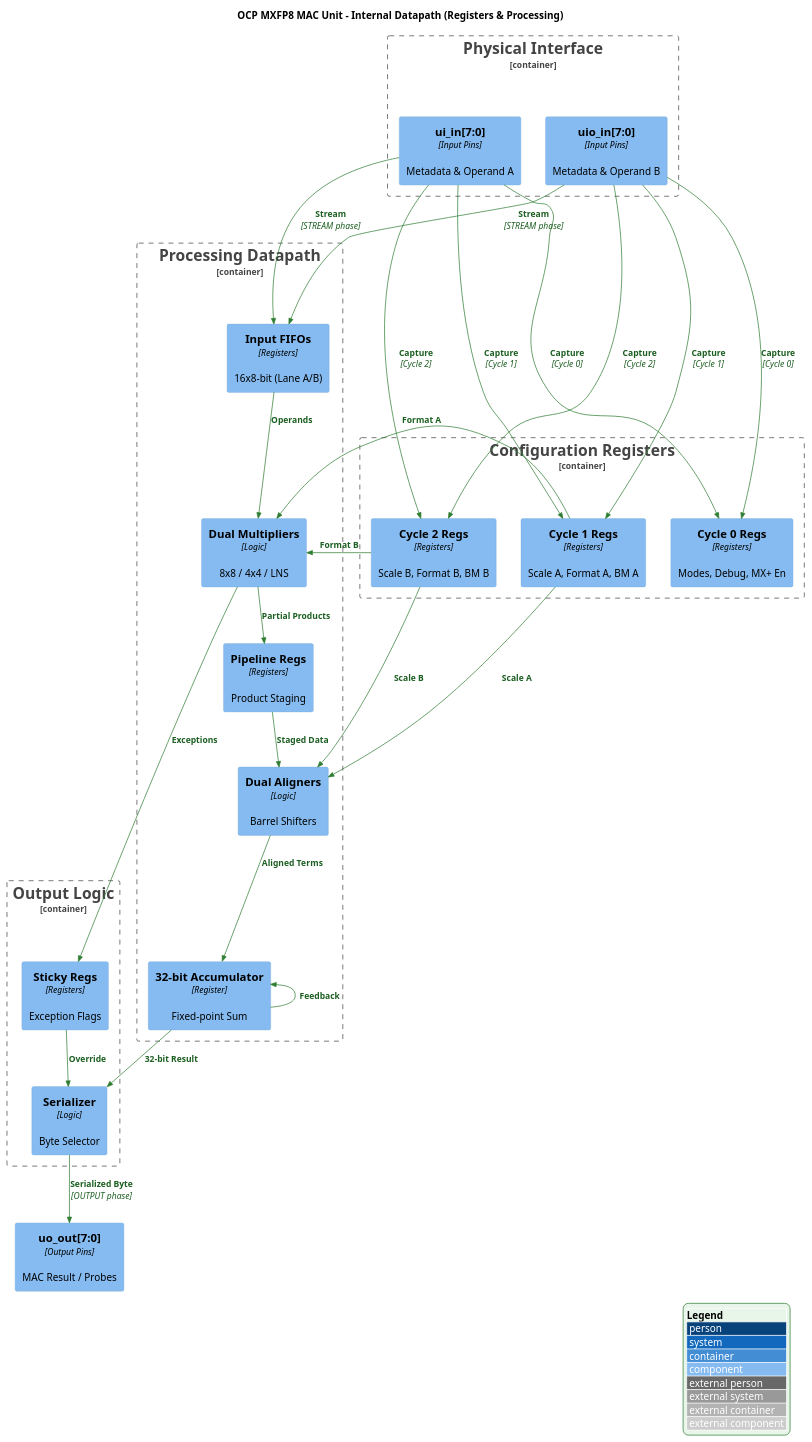
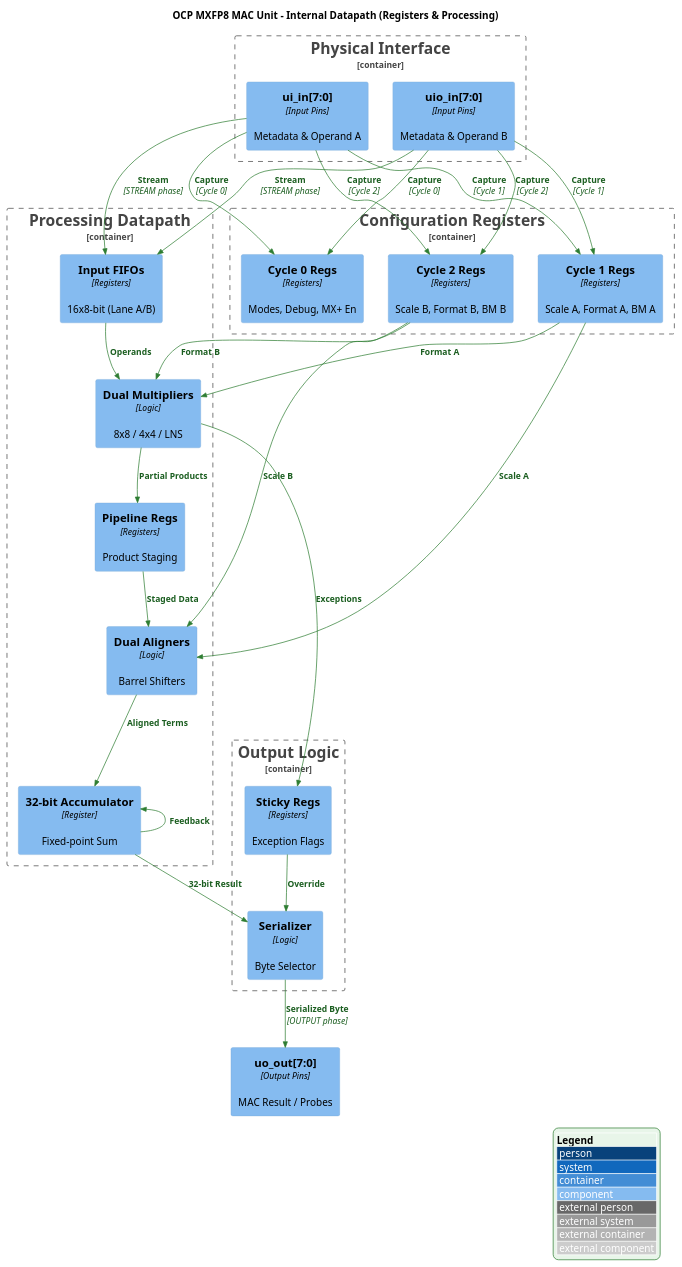
The diagram in docs/diagrams/DATAPATH_DIAGRAM.PUML (chatelao/ttihp-fp8-mul), drawn with PlantUML before and after one commit.

```diff
--- a/docs/diagrams/DATAPATH_DIAGRAM.PUML
+++ b/docs/diagrams/DATAPATH_DIAGRAM.PUML
@@ -1,101 +1,101 @@
 @startuml DATAPATH_DIAGRAM
 !include https://raw.githubusercontent.com/plantuml-stdlib/C4-PlantUML/master/C4_Component.puml
 
 LAYOUT_WITH_LEGEND()
 
 ' Green Theme Overrides
 skinparam backgroundColor white
 skinparam component {
     BackgroundColor #E8F5E9
     BorderColor #2E7D32
     FontColor #1B5E20
 }
 skinparam rectangle<<container>> {
     BackgroundColor #F1F8E9
     BorderColor #33691E
     FontColor #1B5E20
 }
 skinparam rectangle<<boundary>> {
     FontSize 20
     BorderColor #2E7D32
     FontColor #1B5E20
 }
 skinparam rectangle<<container_boundary>> {
     FontSize 20
     BorderColor #2E7D32
     FontColor #1B5E20
 }
 skinparam rectangle<<system_boundary>> {
     FontSize 20
     BorderColor #2E7D32
     FontColor #1B5E20
 }
 skinparam Arrow {
     Color #2E7D32
     FontColor #1B5E20
 }
 skinparam legend {
     BackgroundColor #E8F5E9
     BorderColor #2E7D32
 }
 
 UpdateBoundaryStyle("container", $type="container")
 
 title OCP MXFP8 MAC Unit - Internal Datapath (Registers & Processing)
 
 Container_Boundary(input_pins, "Physical Interface") {
     Component(ui_in, "ui_in[7:0]", "Input Pins", "Metadata & Operand A")
     Component(uio_in, "uio_in[7:0]", "Input Pins", "Metadata & Operand B")
 }
 
 Container_Boundary(reg_file, "Configuration Registers") {
     Component(cfg_reg0, "Cycle 0 Regs", "Registers", "Modes, Debug, MX+ En")
     Component(cfg_reg1, "Cycle 1 Regs", "Registers", "Scale A, Format A, BM A")
     Component(cfg_reg2, "Cycle 2 Regs", "Registers", "Scale B, Format B, BM B")
 }
 
 Container_Boundary(datapath, "Processing Datapath") {
     Component(fifo, "Input FIFOs", "Registers", "16x8-bit (Lane A/B)")
     Component(mul, "Dual Multipliers", "Logic", "8x8 / 4x4 / LNS")
     Component(pipe_reg, "Pipeline Regs", "Registers", "Product Staging")
     Component(align, "Dual Aligners", "Logic", "Barrel Shifters")
     Component(acc, "32-bit Accumulator", "Register", "Fixed-point Sum")
 }
 
 Container_Boundary(output_logic, "Output Logic") {
     Component(sticky, "Sticky Regs", "Registers", "Exception Flags")
     Component(ser, "Serializer", "Logic", "Byte Selector")
 }
 
 Component(uo_out, "uo_out[7:0]", "Output Pins", "MAC Result / Probes")
 
 ' Dataflow Arrows
 Rel_D(ui_in, cfg_reg0, "Capture", "Cycle 0")
 Rel_D(uio_in, cfg_reg0, "Capture", "Cycle 0")
 Rel_D(ui_in, cfg_reg1, "Capture", "Cycle 1")
 Rel_D(uio_in, cfg_reg1, "Capture", "Cycle 1")
 Rel_D(ui_in, cfg_reg2, "Capture", "Cycle 2")
 Rel_D(uio_in, cfg_reg2, "Capture", "Cycle 2")
 
 Rel_D(ui_in, fifo, "Stream", "STREAM phase")
 Rel_D(uio_in, fifo, "Stream", "STREAM phase")
 
 Rel_D(fifo, mul, "Operands")
-Rel_R(cfg_reg1, mul, "Format A")
-Rel_R(cfg_reg2, mul, "Format B")
+Rel_D(cfg_reg1, mul, "Format A")
+Rel_D(cfg_reg2, mul, "Format B")
 
 Rel_D(mul, pipe_reg, "Partial Products")
 Rel_D(pipe_reg, align, "Staged Data")
 Rel_L(cfg_reg1, align, "Scale A")
 Rel_L(cfg_reg2, align, "Scale B")
 
 Rel_D(align, acc, "Aligned Terms")
 Rel_U(acc, acc, "Feedback")
 
 Rel_D(mul, sticky, "Exceptions")
 Rel_D(acc, ser, "32-bit Result")
 Rel_D(sticky, ser, "Override")
 
 Rel_D(ser, uo_out, "Serialized Byte", "OUTPUT phase")
 
 @enduml
```
